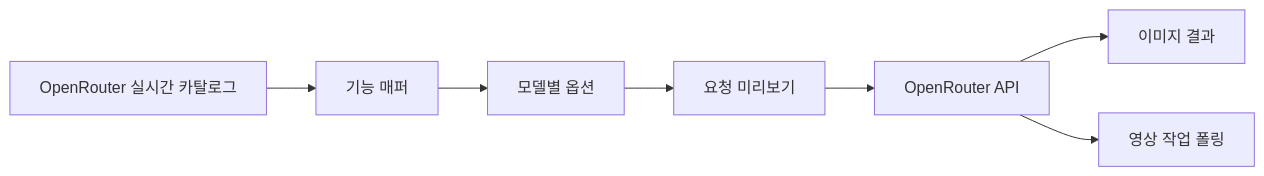
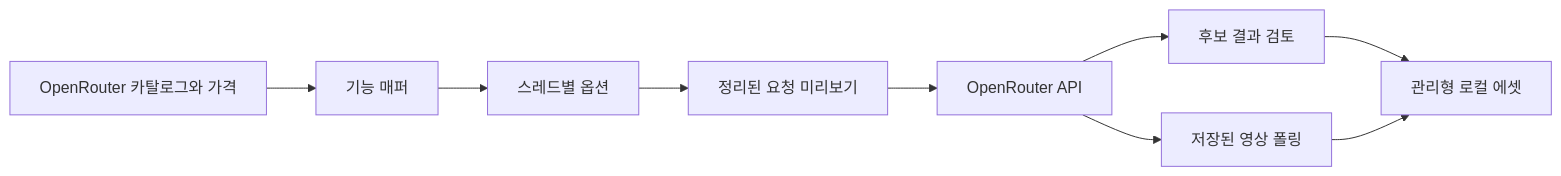
The diagram in docs/i18n/README.ko.md (jbaehova/fruit-truck), drawn with Mermaid before and after one commit. The commit also changed other lines of this file and 48 other files, not shown here.

````diff
--- a/docs/i18n/README.ko.md
+++ b/docs/i18n/README.ko.md
@@ -55,9 +63,11 @@
 ```mermaid
 flowchart LR
-    A[OpenRouter 실시간 카탈로그] --> B[기능 매퍼]
-    B --> C[모델별 옵션]
-    C --> D[요청 미리보기]
+    A[OpenRouter 카탈로그와 가격] --> B[기능 매퍼]
+    B --> C[스레드별 옵션]
+    C --> D[정리된 요청 미리보기]
     D --> E[OpenRouter API]
-    E --> F[이미지 결과]
-    E --> G[영상 작업 폴링]
+    E --> F[후보 결과 검토]
+    E --> G[저장된 영상 폴링]
+    F --> H[관리형 로컬 에셋]
+    G --> H
 ```
````
